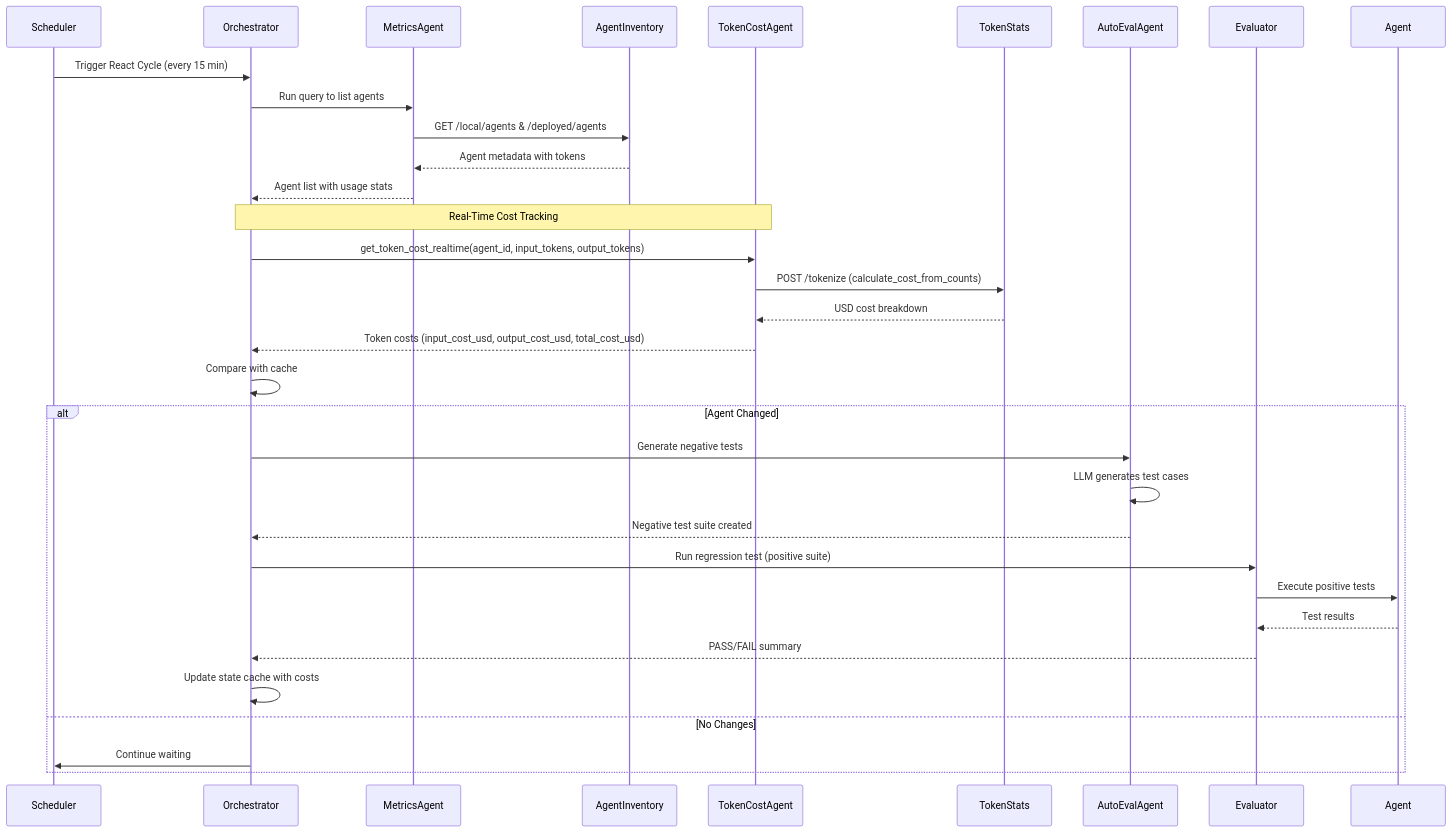
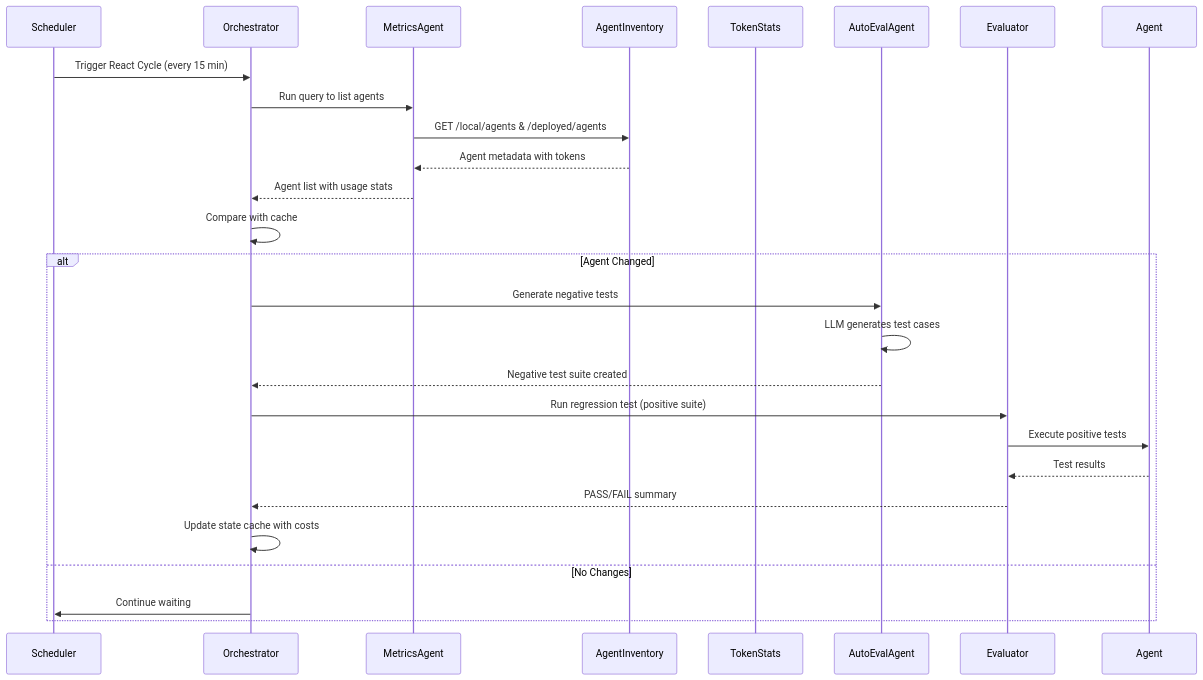
The diagram in technical-architecture-flow.mmd (nareshsaladi2024/CortexMetaAgent), drawn with Mermaid before and after one commit. The commit also changed 66 other files, not shown here.

```diff
--- a/technical-architecture-flow.mmd
+++ b/technical-architecture-flow.mmd
@@ -1,39 +1,35 @@
 sequenceDiagram
     participant Scheduler
     participant Orchestrator
     participant MetricsAgent
     participant AgentInventory
-    participant TokenCostAgent
+
     participant TokenStats
     participant AutoEvalAgent
     participant Evaluator
     participant Agent
     
     Scheduler->>Orchestrator: Trigger React Cycle (every 15 min)
     Orchestrator->>MetricsAgent: Run query to list agents
     MetricsAgent->>AgentInventory: GET /local/agents & /deployed/agents
     AgentInventory-->>MetricsAgent: Agent metadata with tokens
     MetricsAgent-->>Orchestrator: Agent list with usage stats
     
-    Note over Orchestrator,TokenCostAgent: Real-Time Cost Tracking
-    Orchestrator->>TokenCostAgent: get_token_cost_realtime(agent_id, input_tokens, output_tokens)
-    TokenCostAgent->>TokenStats: POST /tokenize (calculate_cost_from_counts)
-    TokenStats-->>TokenCostAgent: USD cost breakdown
-    TokenCostAgent-->>Orchestrator: Token costs (input_cost_usd, output_cost_usd, total_cost_usd)
+
     
     Orchestrator->>Orchestrator: Compare with cache
     
     alt Agent Changed
         Orchestrator->>AutoEvalAgent: Generate negative tests
         AutoEvalAgent->>AutoEvalAgent: LLM generates test cases
         AutoEvalAgent-->>Orchestrator: Negative test suite created
         
         Orchestrator->>Evaluator: Run regression test (positive suite)
         Evaluator->>Agent: Execute positive tests
         Agent-->>Evaluator: Test results
         Evaluator-->>Orchestrator: PASS/FAIL summary
         
         Orchestrator->>Orchestrator: Update state cache with costs
     else No Changes
         Orchestrator->>Scheduler: Continue waiting
     end
```
